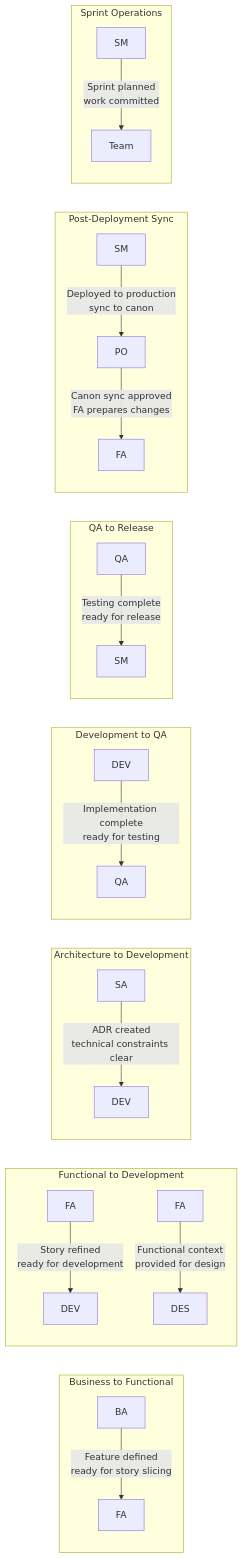
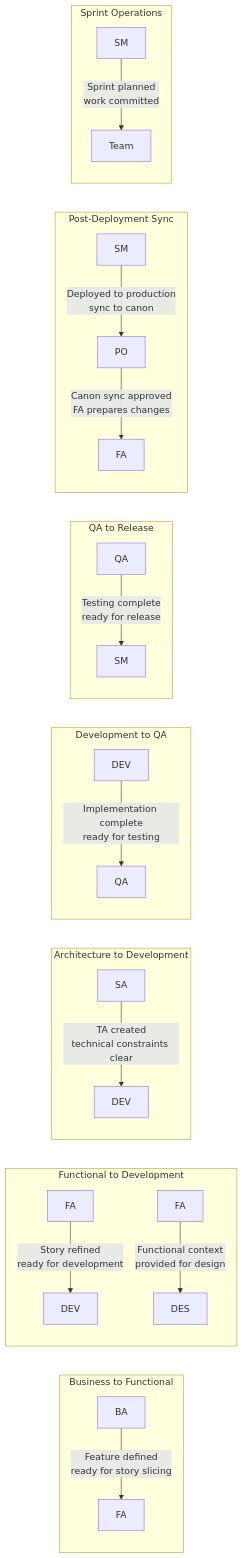
The second of 3 diagrams in README.md (Pieter2406/TeamSpec), drawn with Mermaid before and after one commit. The commit also changed other lines of this file and 52 other files, not shown here.

````diff
--- a/README.md
+++ b/README.md
@@ -417,32 +417,32 @@
 ```mermaid
 flowchart LR
     subgraph "Business to Functional"
         BA1[BA] -->|"Feature defined<br/>ready for story slicing"| FA1[FA]
     end
     
     subgraph "Functional to Development"
         FA2[FA] -->|"Story refined<br/>ready for development"| DEV1[DEV]
         FA3[FA] -->|"Functional context<br/>provided for design"| DES1[DES]
     end
     
     subgraph "Architecture to Development"
-        SA1[SA] -->|"ADR created<br/>technical constraints clear"| DEV2[DEV]
+        SA1[SA] -->|"TA created<br/>technical constraints clear"| DEV2[DEV]
     end
     
     subgraph "Development to QA"
         DEV3[DEV] -->|"Implementation complete<br/>ready for testing"| QA1[QA]
     end
     
     subgraph "QA to Release"
         QA2[QA] -->|"Testing complete<br/>ready for release"| SM2[SM]
     end
     
     subgraph "Post-Deployment Sync"
         SM3[SM] -->|"Deployed to production<br/>sync to canon"| PO1[PO]
         PO1 -->|"Canon sync approved<br/>FA prepares changes"| FA4[FA]
     end
     
     subgraph "Sprint Operations"
         SM1[SM] -->|"Sprint planned<br/>work committed"| TEAM[Team]
     end
 ```
````
